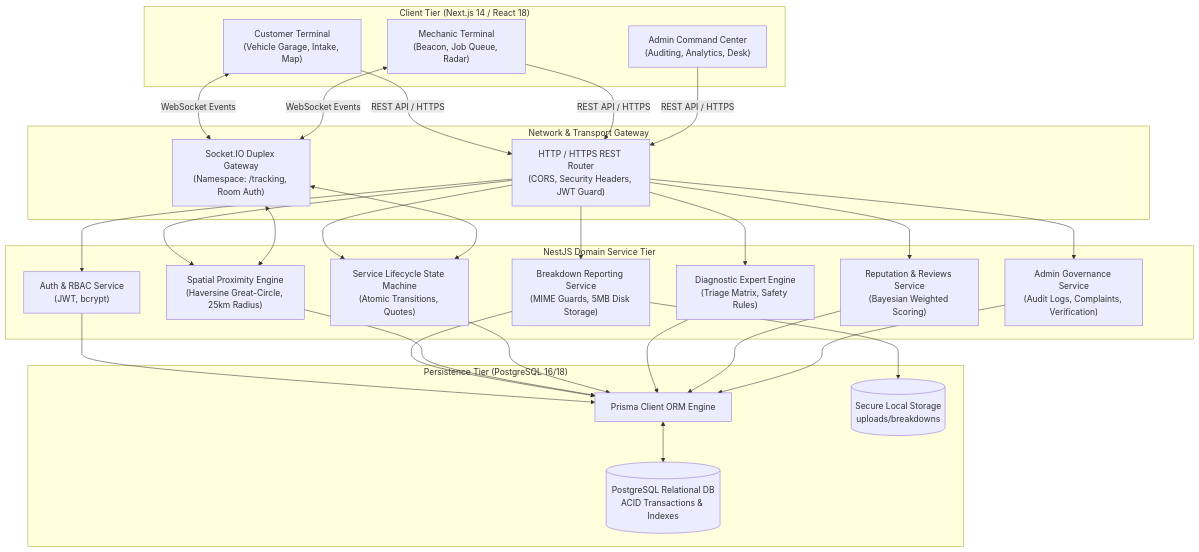
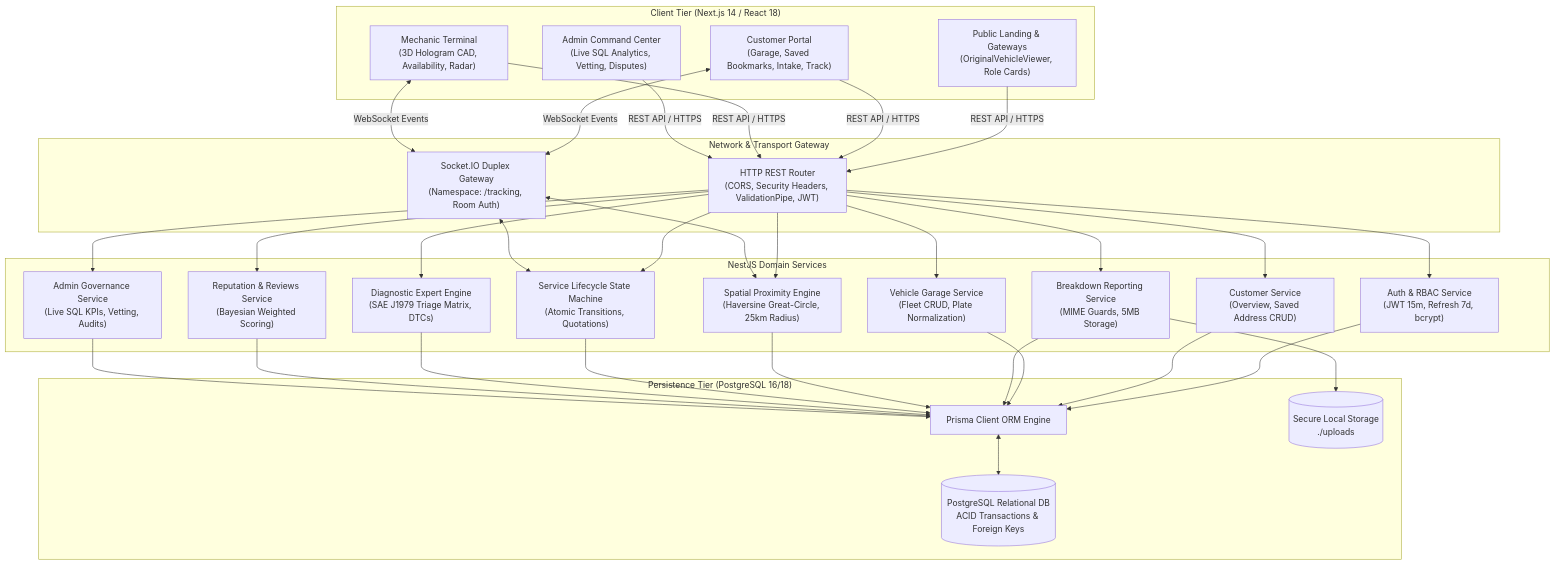
The first of 12 diagrams in docs/ACADEMIC_REPORT.md (sahidprofessional000/vbrs-project-2026), drawn with Mermaid before and after one commit. The commit also changed other lines of this file and 34 other files, not shown here.

Commit message:
feat(step7): complete final system regression, security hardening audit, 27-chapter academic monograph, and production documentation package

````diff
--- a/docs/ACADEMIC_REPORT.md
+++ b/docs/ACADEMIC_REPORT.md
@@ -183,57 +236,65 @@
 ```mermaid
 flowchart TD
     subgraph Client Tier ["Client Tier (Next.js 14 / React 18)"]
-        UI_Cust["Customer Terminal<br/>(Vehicle Garage, Intake, Map)"]
-        UI_Mech["Mechanic Terminal<br/>(Beacon, Job Queue, Radar)"]
-        UI_Admin["Admin Command Center<br/>(Auditing, Analytics, Desk)"]
+        UI_Guest["Public Landing & Gateways<br/>(OriginalVehicleViewer, Role Cards)"]
+        UI_Cust["Customer Portal<br/>(Garage, Saved Bookmarks, Intake, Track)"]
+        UI_Mech["Mechanic Terminal<br/>(3D Hologram CAD, Availability, Radar)"]
+        UI_Admin["Admin Command Center<br/>(Live SQL Analytics, Vetting, Disputes)"]
     end
 
     subgraph Gateway ["Network & Transport Gateway"]
-        HTTP_GW["HTTP / HTTPS REST Router<br/>(CORS, Security Headers, JWT Guard)"]
+        HTTP_GW["HTTP REST Router<br/>(CORS, Security Headers, ValidationPipe, JWT)"]
         WS_GW["Socket.IO Duplex Gateway<br/>(Namespace: /tracking, Room Auth)"]
     end
 
-    subgraph Service Tier ["NestJS Domain Service Tier"]
-        AuthSvc["Auth & RBAC Service<br/>(JWT, bcrypt)"]
-        BreakdownSvc["Breakdown Reporting Service<br/>(MIME Guards, 5MB Disk Storage)"]
+    subgraph Service Tier ["NestJS Domain Services"]
+        AuthSvc["Auth & RBAC Service<br/>(JWT 15m, Refresh 7d, bcrypt)"]
+        CustSvc["Customer Service<br/>(Overview, Saved Address CRUD)"]
+        VehicleSvc["Vehicle Garage Service<br/>(Fleet CRUD, Plate Normalization)"]
+        BreakdownSvc["Breakdown Reporting Service<br/>(MIME Guards, 5MB Storage)"]
         SpatialSvc["Spatial Proximity Engine<br/>(Haversine Great-Circle, 25km Radius)"]
-        LifecycleSvc["Service Lifecycle State Machine<br/>(Atomic Transitions, Quotes)"]
-        DiagSvc["Diagnostic Expert Engine<br/>(Triage Matrix, Safety Rules)"]
+        LifecycleSvc["Service Lifecycle State Machine<br/>(Atomic Transitions, Quotations)"]
+        DiagSvc["Diagnostic Expert Engine<br/>(SAE J1979 Triage Matrix, DTCs)"]
         RepSvc["Reputation & Reviews Service<br/>(Bayesian Weighted Scoring)"]
-        AdminSvc["Admin Governance Service<br/>(Audit Logs, Complaints, Verification)"]
+        AdminSvc["Admin Governance Service<br/>(Live SQL KPIs, Vetting, Audits)"]
     end
 
     subgraph Persistence Tier ["Persistence Tier (PostgreSQL 16/18)"]
         PrismaORM["Prisma Client ORM Engine"]
-        PG_DB[("PostgreSQL Relational DB<br/>ACID Transactions & Indexes")]
-        DiskStorage[("Secure Local Storage<br/>uploads/breakdowns")]
+        PG_DB[("PostgreSQL Relational DB<br/>ACID Transactions & Foreign Keys")]
+        DiskStorage[("Secure Local Storage<br/>./uploads")]
     end
 
+    UI_Guest -->|REST API / HTTPS| HTTP_GW
     UI_Cust -->|REST API / HTTPS| HTTP_GW
     UI_Cust <-->|WebSocket Events| WS_GW
     UI_Mech -->|REST API / HTTPS| HTTP_GW
     UI_Mech <-->|WebSocket Events| WS_GW
     UI_Admin -->|REST API / HTTPS| HTTP_GW
 
     HTTP_GW --> AuthSvc
+    HTTP_GW --> CustSvc
+    HTTP_GW --> VehicleSvc
     HTTP_GW --> BreakdownSvc
     HTTP_GW --> SpatialSvc
     HTTP_GW --> LifecycleSvc
     HTTP_GW --> DiagSvc
     HTTP_GW --> RepSvc
     HTTP_GW --> AdminSvc
 
     WS_GW <--> LifecycleSvc
     WS_GW <--> SpatialSvc
 
     AuthSvc --> PrismaORM
+    CustSvc --> PrismaORM
+    VehicleSvc --> PrismaORM
     BreakdownSvc --> PrismaORM
     BreakdownSvc --> DiskStorage
     SpatialSvc --> PrismaORM
     LifecycleSvc --> PrismaORM
     DiagSvc --> PrismaORM
     RepSvc --> PrismaORM
     AdminSvc --> PrismaORM
 
     PrismaORM <--> PG_DB
 ```
````
